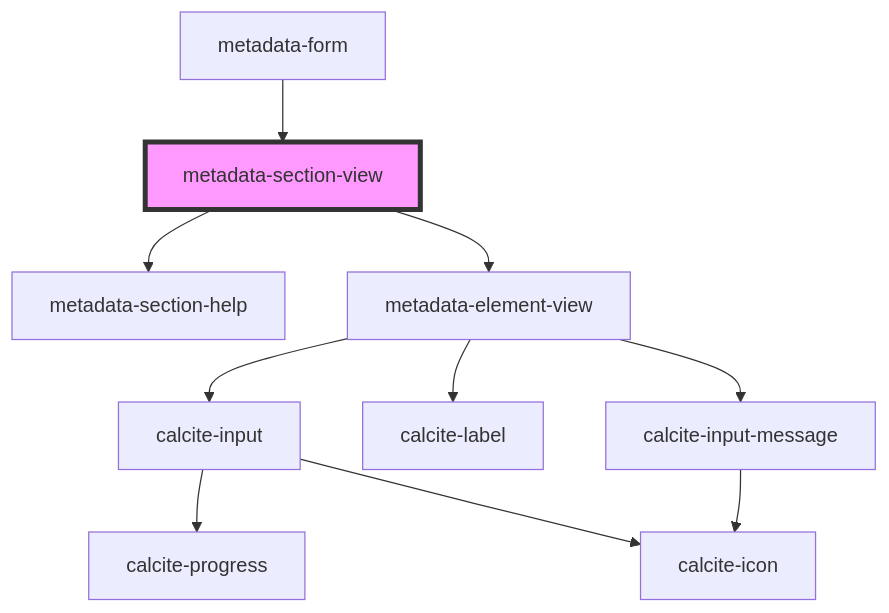
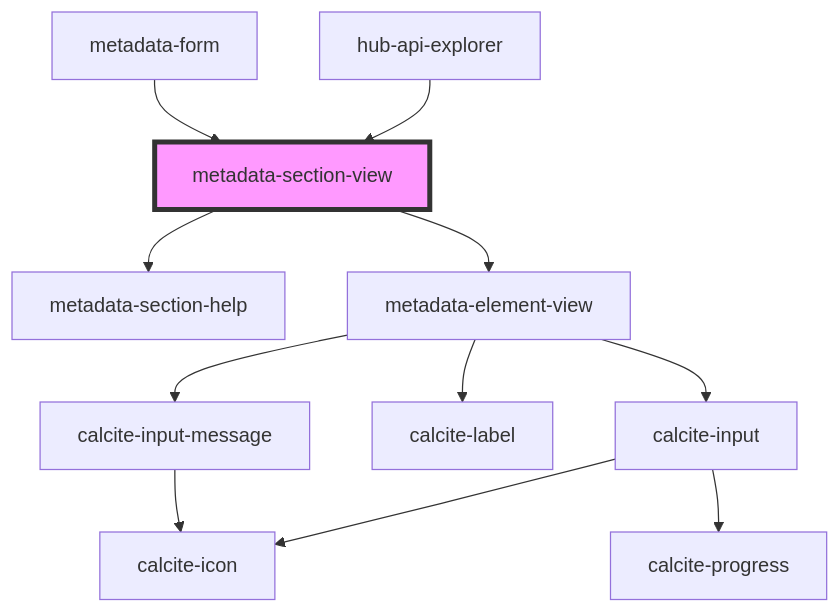
The diagram in src/components/presentation/metadata-section-view/readme.md (esridc/hub-components-experiments), drawn with Mermaid before and after one commit. The commit also changed other lines of this file and 26 other files, not shown here.

Commit message:
Prototype API explorer

````diff
--- a/src/components/presentation/metadata-section-view/readme.md
+++ b/src/components/presentation/metadata-section-view/readme.md
@@ -49,13 +51,14 @@
 ```mermaid
 graph TD;
   metadata-section-view --> metadata-section-help
   metadata-section-view --> metadata-element-view
   metadata-element-view --> calcite-input
   metadata-element-view --> calcite-label
   metadata-element-view --> calcite-input-message
+  calcite-input --> calcite-icon
   calcite-input --> calcite-progress
-  calcite-input --> calcite-icon
   calcite-input-message --> calcite-icon
+  hub-api-explorer --> metadata-section-view
   metadata-form --> metadata-section-view
   style metadata-section-view fill:#f9f,stroke:#333,stroke-width:4px
 ```
````
